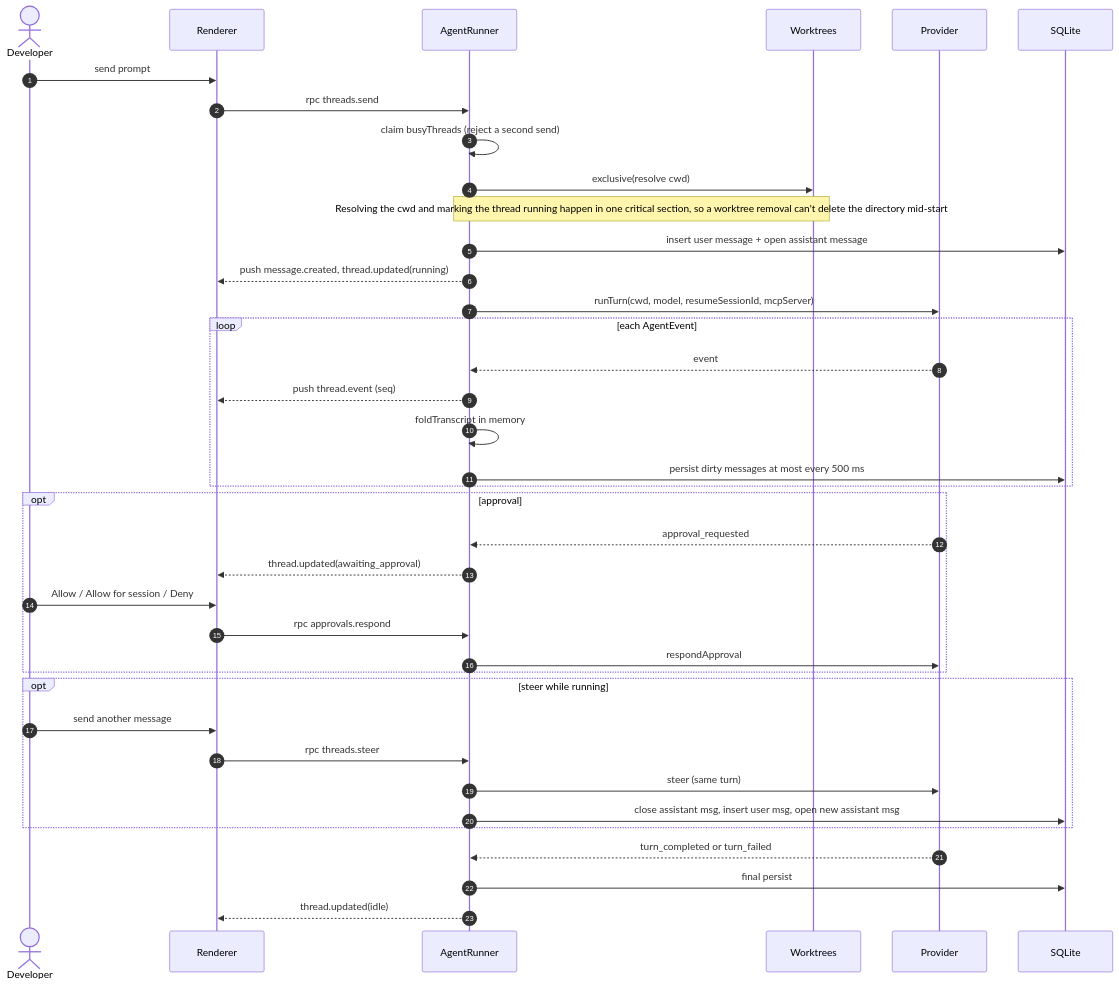
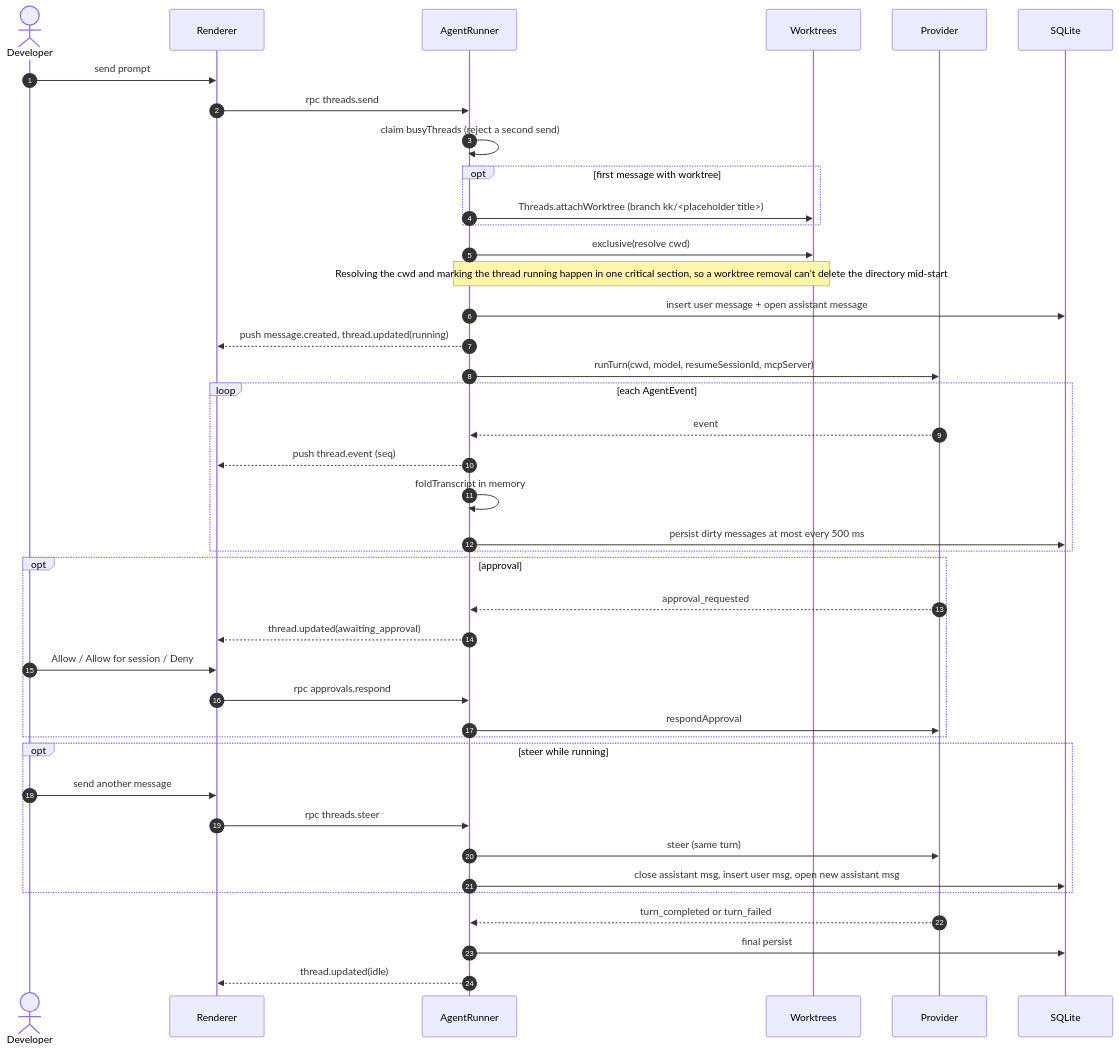
One commit to hinadev-ai/hinacode changed the fifth of 12 diagrams in docs/arch.md. Above: the diagram before and after it, drawn with Mermaid. The commit also changed other lines of this file and 1 other file, not shown here.

Commit message:
docs: describe thread setup in the composer

````diff
--- a/docs/arch.md
+++ b/docs/arch.md
@@ -120,41 +120,44 @@
 ```mermaid
 sequenceDiagram
   autonumber
   actor Dev as Developer
   participant R as Renderer
   participant AR as AgentRunner
   participant WT as Worktrees
   participant P as Provider
   participant DB as SQLite
 
   Dev->>R: send prompt
   R->>AR: rpc threads.send
   AR->>AR: claim busyThreads (reject a second send)
+  opt first message with worktree
+    AR->>WT: Threads.attachWorktree (branch kk/<placeholder title>)
+  end
   AR->>WT: exclusive(resolve cwd)
   Note over AR,WT: Resolving the cwd and marking the thread running happen in one critical section, so a worktree removal can't delete the directory mid-start
   AR->>DB: insert user message + open assistant message
   AR-->>R: push message.created, thread.updated(running)
   AR->>P: runTurn(cwd, model, resumeSessionId, mcpServer)
   loop each AgentEvent
     P-->>AR: event
     AR-->>R: push thread.event (seq)
     AR->>AR: foldTranscript in memory
     AR->>DB: persist dirty messages at most every 500 ms
   end
   opt approval
     P-->>AR: approval_requested
     AR-->>R: thread.updated(awaiting_approval)
     Dev->>R: Allow / Allow for session / Deny
     R->>AR: rpc approvals.respond
     AR->>P: respondApproval
   end
   opt steer while running
     Dev->>R: send another message
     R->>AR: rpc threads.steer
     AR->>P: steer (same turn)
     AR->>DB: close assistant msg, insert user msg, open new assistant msg
   end
   P-->>AR: turn_completed or turn_failed
   AR->>DB: final persist
   AR-->>R: thread.updated(idle)
 ```
````
